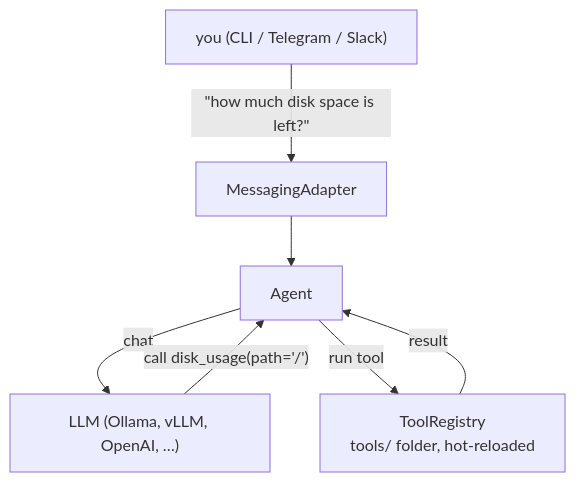
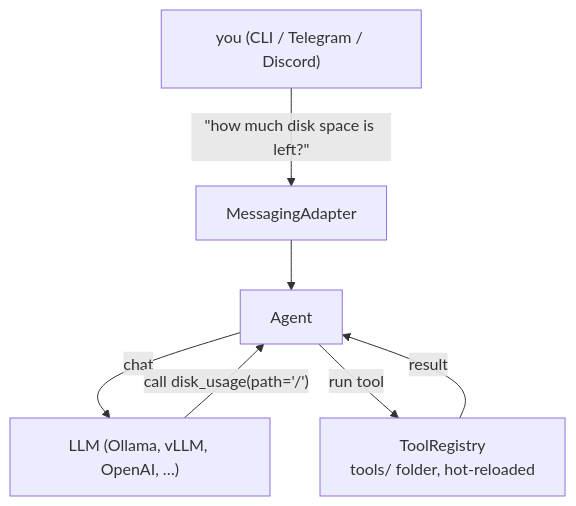
The diagram in README.md (lesysbot/lesysbot), drawn with Mermaid before and after one commit. The commit also changed other lines of this file and 52 other files, not shown here.

````diff
--- a/README.md
+++ b/README.md
@@ -131,9 +131,9 @@
 ```mermaid
 flowchart TD
-    you["you (CLI / Telegram / Slack)"] -- "&quot;how much disk space is left?&quot;" --> adapter["MessagingAdapter"]
+    you["you (CLI / Telegram / Discord)"] -- "&quot;how much disk space is left?&quot;" --> adapter["MessagingAdapter"]
     adapter --> agent["Agent"]
     agent -- chat --> llm["LLM (Ollama, vLLM, OpenAI, …)"]
     llm -- "call disk_usage(path='/')" --> agent
     agent -- run tool --> registry["ToolRegistry<br>tools/ folder, hot-reloaded"]
     registry -- result --> agent
 ```
````
